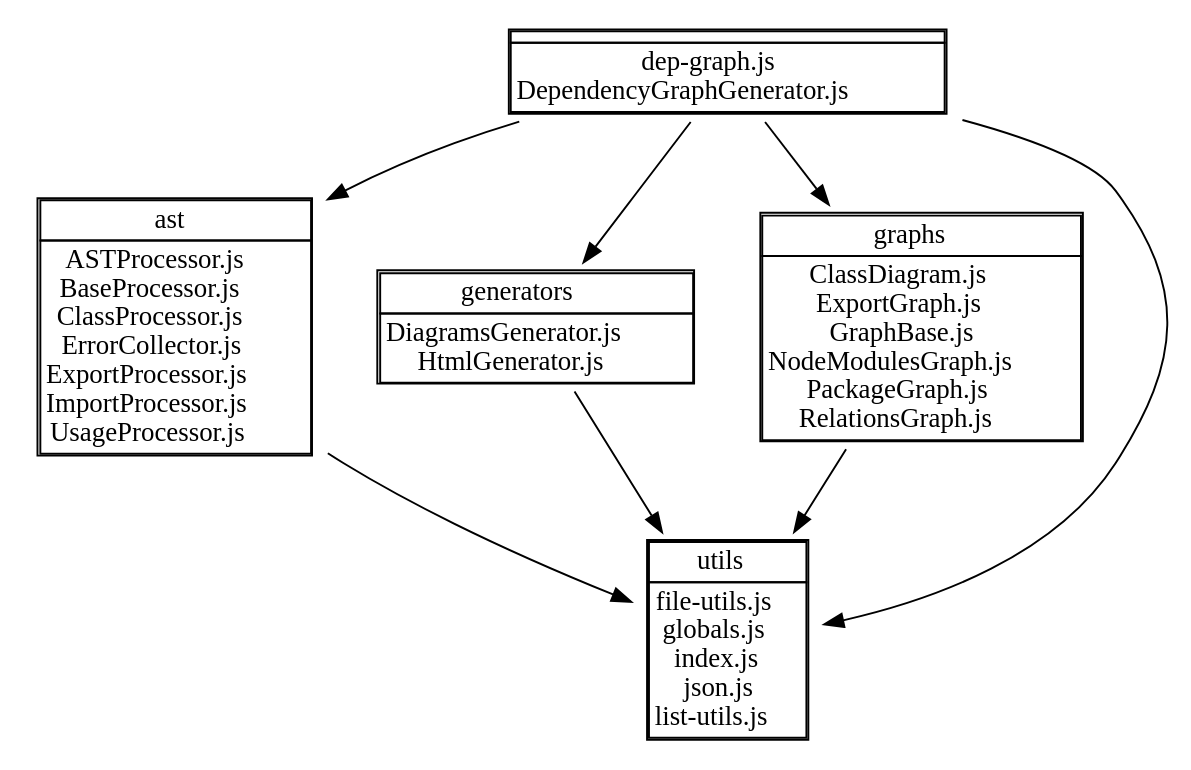
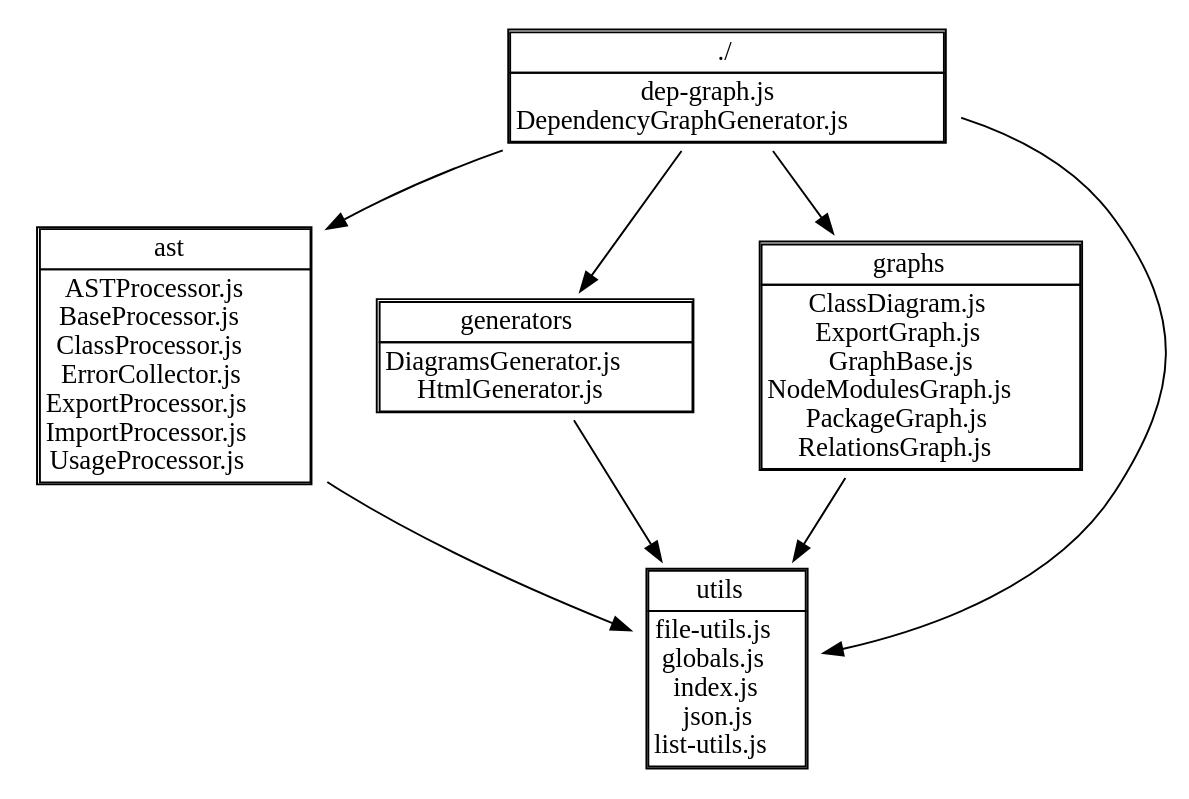
Before and after one commit to fleebe/dep-graph: the diagram in docs/Package.dot, drawn with Graphviz. The commit also changed 14 other files, not shown here.

Commit message:
Made  jsdoc work and created base diagrams navigation.

```diff
--- a/docs/Package.dot
+++ b/docs/Package.dot
@@ -1,57 +1,57 @@
 digraph {label="";
 labelloc="t";
 "" [shape = none, label =<<TABLE cellspacing="0" cellborder="1" align="left">
-<TR><TD ALIGN="center" HREF="diagrams.html#" TARGET="_top"></TD></TR>
+<TR><TD ALIGN="center" HREF="diagrams.html#base" TARGET="_top">./</TD></TR>
 <TR><TD ALIGN="left">
 dep-graph.js<BR/>
 DependencyGraphGenerator.js<BR/>
 </TD></TR>
 </TABLE>>];
 "ast" [shape = none, label =<<TABLE cellspacing="0" cellborder="1" align="left">
 <TR><TD ALIGN="center" HREF="diagrams.html#ast" TARGET="_top">ast</TD></TR>
 <TR><TD ALIGN="left">
 ASTProcessor.js<BR/>
 BaseProcessor.js<BR/>
 ClassProcessor.js<BR/>
 ErrorCollector.js<BR/>
 ExportProcessor.js<BR/>
 ImportProcessor.js<BR/>
 UsageProcessor.js<BR/>
 </TD></TR>
 </TABLE>>];
 "generators" [shape = none, label =<<TABLE cellspacing="0" cellborder="1" align="left">
 <TR><TD ALIGN="center" HREF="diagrams.html#generators" TARGET="_top">generators</TD></TR>
 <TR><TD ALIGN="left">
 DiagramsGenerator.js<BR/>
 HtmlGenerator.js<BR/>
 </TD></TR>
 </TABLE>>];
 "graphs" [shape = none, label =<<TABLE cellspacing="0" cellborder="1" align="left">
 <TR><TD ALIGN="center" HREF="diagrams.html#graphs" TARGET="_top">graphs</TD></TR>
 <TR><TD ALIGN="left">
 ClassDiagram.js<BR/>
 ExportGraph.js<BR/>
 GraphBase.js<BR/>
 NodeModulesGraph.js<BR/>
 PackageGraph.js<BR/>
 RelationsGraph.js<BR/>
 </TD></TR>
 </TABLE>>];
 "utils" [shape = none, label =<<TABLE cellspacing="0" cellborder="1" align="left">
 <TR><TD ALIGN="center" HREF="diagrams.html#utils" TARGET="_top">utils</TD></TR>
 <TR><TD ALIGN="left">
 file-utils.js<BR/>
 globals.js<BR/>
 index.js<BR/>
 json.js<BR/>
 list-utils.js<BR/>
 </TD></TR>
 </TABLE>>];
 ""->"ast";
 ""->"generators";
 ""->"utils";
 ""->"graphs";
 "ast"->"utils";
 "generators"->"utils";
 "graphs"->"utils";
 }
```
